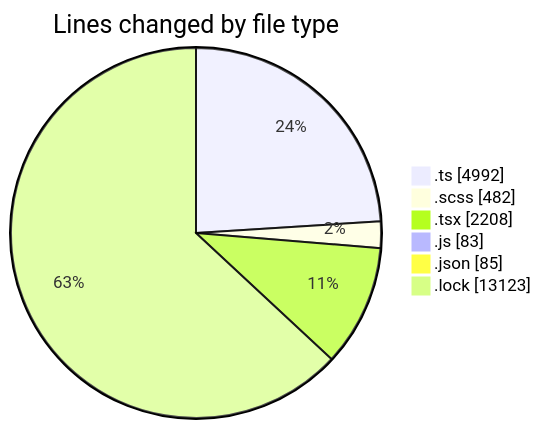
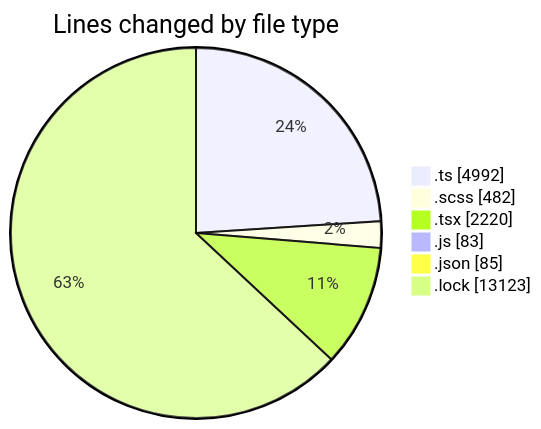
Before and after one commit to momahboobian/code-tracking: the first of 2 diagrams in 2025-09-12/cda/README.md, drawn with Mermaid. The commit also changed other lines of this file and 1 other file, not shown here.

````diff
--- a/2025-09-12/cda/README.md
+++ b/2025-09-12/cda/README.md
@@ -34,10 +34,10 @@
 ```mermaid
 pie showData
 title Lines changed by file type
 ".ts" : 4992
 ".scss" : 482
-".tsx" : 2208
+".tsx" : 2220
 ".js" : 83
 ".json" : 85
 ".lock" : 13123
 ```
````
